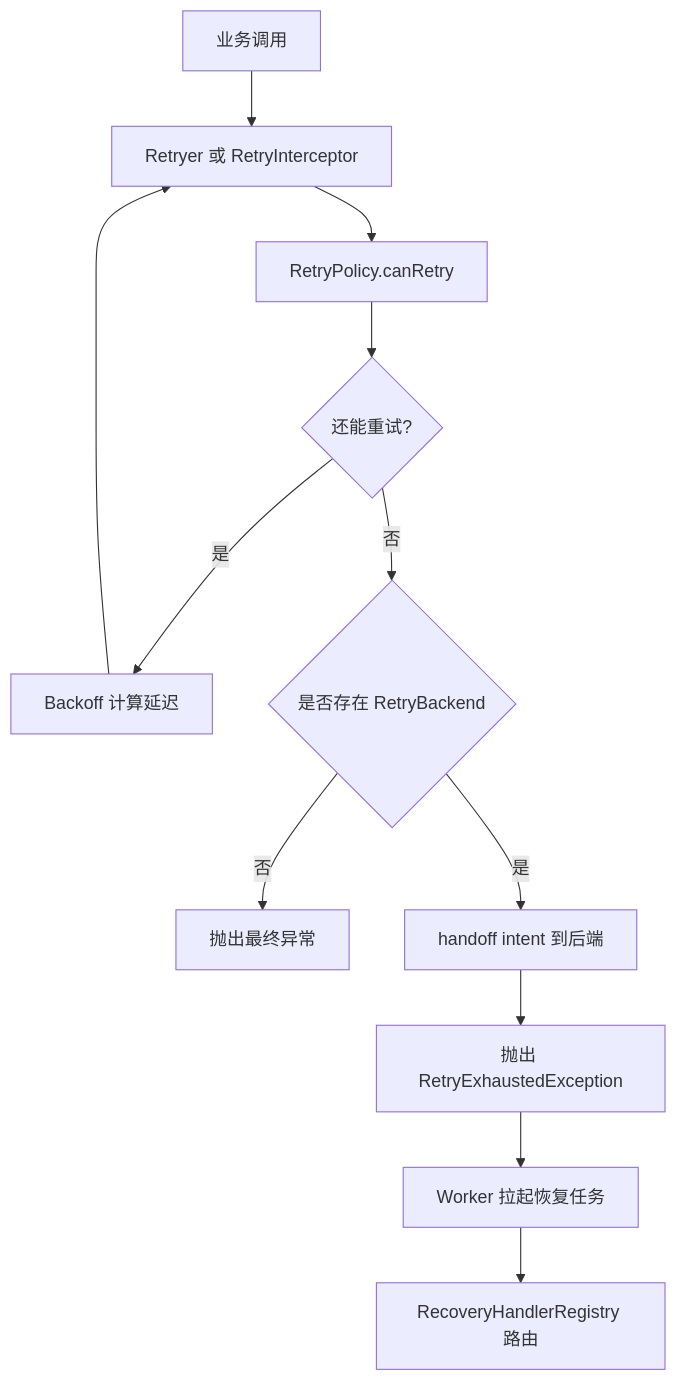
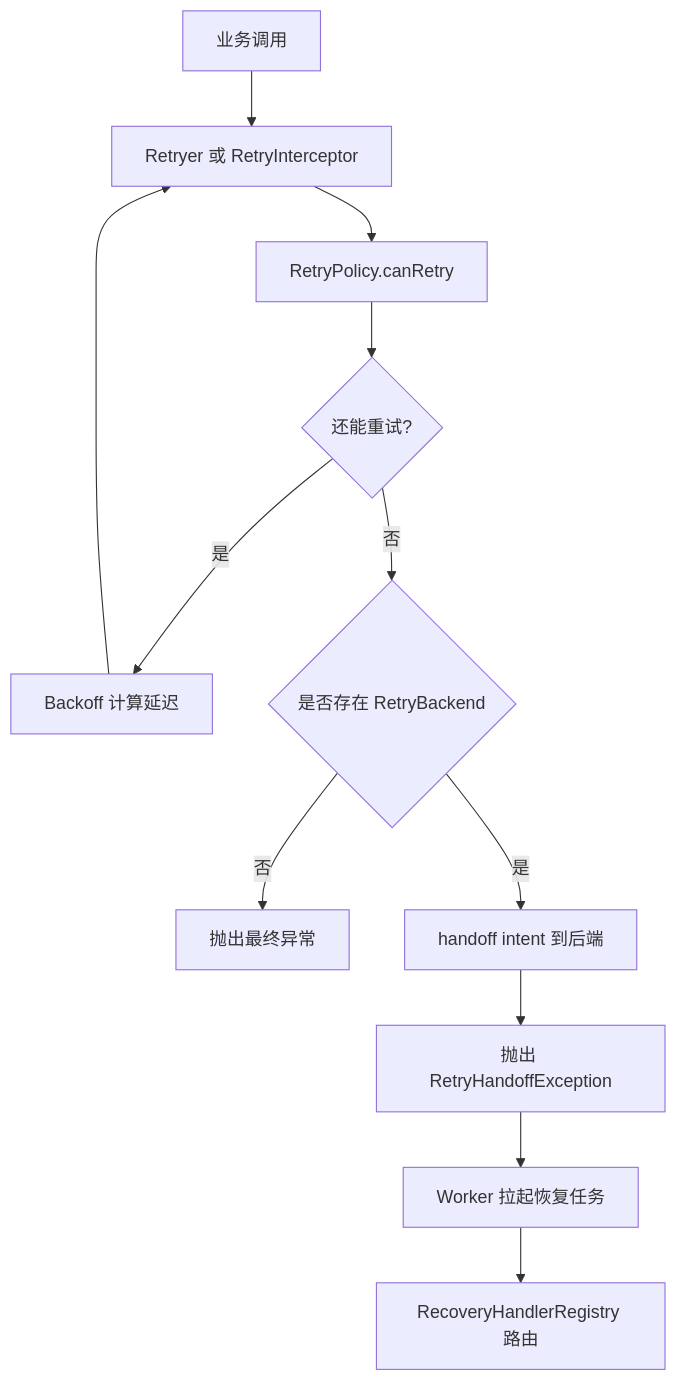
Before and after one commit to team4u/team4u-framework: the diagram in team4u-retry/README.md, drawn with Mermaid. The commit also changed other lines of this file and 11 other files, not shown here.

````diff
--- a/team4u-retry/README.md
+++ b/team4u-retry/README.md
@@ -983,14 +979,14 @@
 ```mermaid
 graph TD
     A[业务调用] --> B[Retryer 或 RetryInterceptor]
     B --> C[RetryPolicy.canRetry]
     C --> D{还能重试?}
     D -->|是| E[Backoff 计算延迟]
     E --> B
     D -->|否| F{是否存在 RetryBackend}
     F -->|否| G[抛出最终异常]
     F -->|是| H[handoff intent 到后端]
-    H --> I[抛出 RetryExhaustedException]
+    H --> I[抛出 RetryHandoffException]
     I --> J[Worker 拉起恢复任务]
     J --> K[RecoveryHandlerRegistry 路由]
 ```
````
